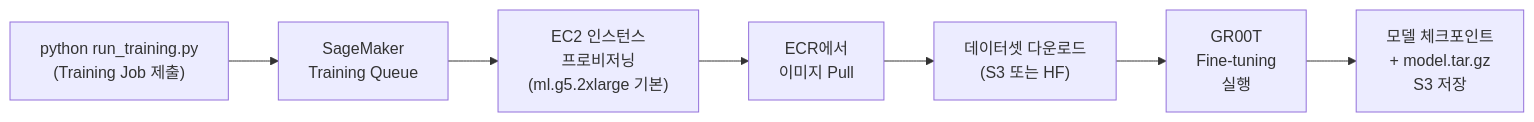
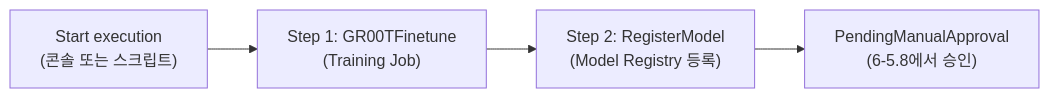
The second of 3 diagrams in physical-ai-on-aws-guide/nvidia-isaac-lab-on-aws/6-5.-gr00t-finetune-sagemaker.md (seokjushin/physical-ai-aws-docs), drawn with Mermaid before and after one commit. The commit also changed other lines of this file, not shown here.

````diff
--- a/physical-ai-on-aws-guide/nvidia-isaac-lab-on-aws/6-5.-gr00t-finetune-sagemaker.md
+++ b/physical-ai-on-aws-guide/nvidia-isaac-lab-on-aws/6-5.-gr00t-finetune-sagemaker.md
@@ -365,9 +515,6 @@
 ```mermaid
 flowchart LR
-    Submit["python run_training.py\n(Training Job 제출)"] --> Queue["SageMaker\nTraining Queue"]
-    Queue --> Provision["EC2 인스턴스\n프로비저닝\n(ml.g5.2xlarge 기본)"]
-    Provision --> Pull["ECR에서\n이미지 Pull"]
-    Pull --> Download["데이터셋 다운로드\n(S3 또는 HF)"]
-    Download --> Train["GR00T\nFine-tuning\n실행"]
-    Train --> Save["모델 체크포인트\n+ model.tar.gz\nS3 저장"]
+    Start["Start execution\n(콘솔 또는 스크립트)"] --> Step1["Step 1: GR00TFinetune\n(Training Job)"]
+    Step1 --> Step2["Step 2: RegisterModel\n(Model Registry 등록)"]
+    Step2 --> Wait["PendingManualApproval\n(6-5.8에서 승인)"]
 ```
````
